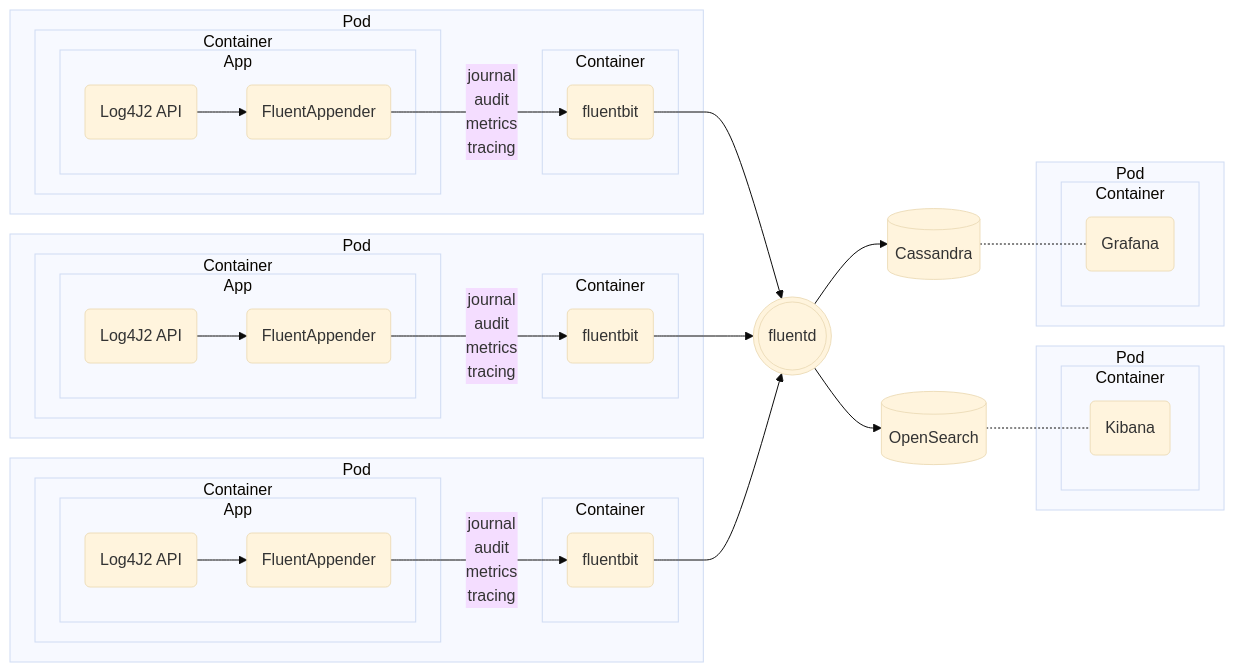
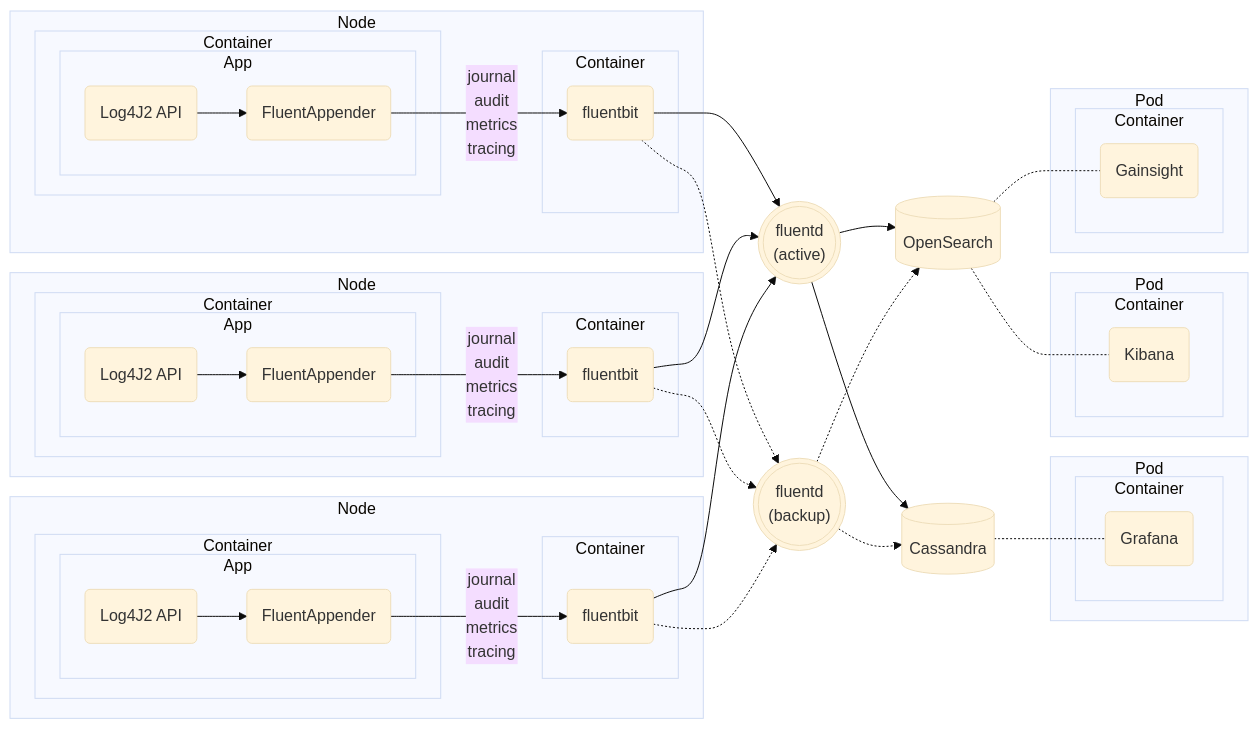
One commit to t-ibm/didymus changed the diagram in app/src/doc/templates/elkStackFluent.mmd. Above: the diagram before and after it, drawn with Mermaid (base theme). The commit also changed 2 other files, not shown here.

Commit message:
Upgrading Node/NPM versions; adding Gainsight to the picture

```diff
--- a/app/src/doc/templates/elkStackFluent.mmd
+++ b/app/src/doc/templates/elkStackFluent.mmd
@@ -1,48 +1,59 @@
 flowchart LR
-  subgraph P1[Pod]
+  subgraph N1[Node]
     subgraph C11[Container]
       subgraph B1[App]
         I1(Log4J2 API) --> A1(FluentAppender)
       end
     end
     subgraph C12[Container]
       A1 --> |journal<br/>audit<br/>metrics<br/>tracing| F1(fluentbit)
     end
   end
-  subgraph P2[Pod]
+  subgraph N2[Node]
     subgraph C21[Container]
       subgraph B2[App]
         I2(Log4J2 API) --> A2(FluentAppender)
       end
     end
     subgraph C22[Container]
       A2 --> |journal<br/>audit<br/>metrics<br/>tracing| F2(fluentbit)
     end
   end
-  subgraph P3[Pod]
+  subgraph N3[Node]
     subgraph C31[Container]
       subgraph B3[App]
         I3(Log4J2 API) --> A3(FluentAppender)
       end
     end
     subgraph C32[Container]
       A3 --> |journal<br/>audit<br/>metrics<br/>tracing| F3(fluentbit)
     end
   end
-  F1 --> L(((fluentd)))
-  F2 --> L
-  F3 --> L
-  L --> E1[(OpenSearch)]
-  L --> E2[(Cassandra)]
+  F1 --> L1((("fluentd<br/>(active)")))
+  F2 --> L1
+  F3 --> L1
+  L1 --> E1[(Cassandra)]
+  L1 --> E2[(OpenSearch)]
+  F1 -.-> L2((("fluentd<br/>(backup)")))
+  F2 -.-> L2
+  F3 -.-> L2
+  L2 -.-> E1
+  L2 -.-> E2
   subgraph P4[Pod]
     subgraph C4[Container]
-      K4(Kibana)
+      K4(Grafana)
     end
   end
   subgraph P5[Pod]
     subgraph C5[Container]
-      K5(Grafana)
+      K5(Kibana)
+    end
+  end
+  subgraph P6[Pod]
+    subgraph C6[Container]
+      K6(Gainsight)
     end
   end
   E1 -.- K4
   E2 -.- K5
+  E2 -.- K6
```
